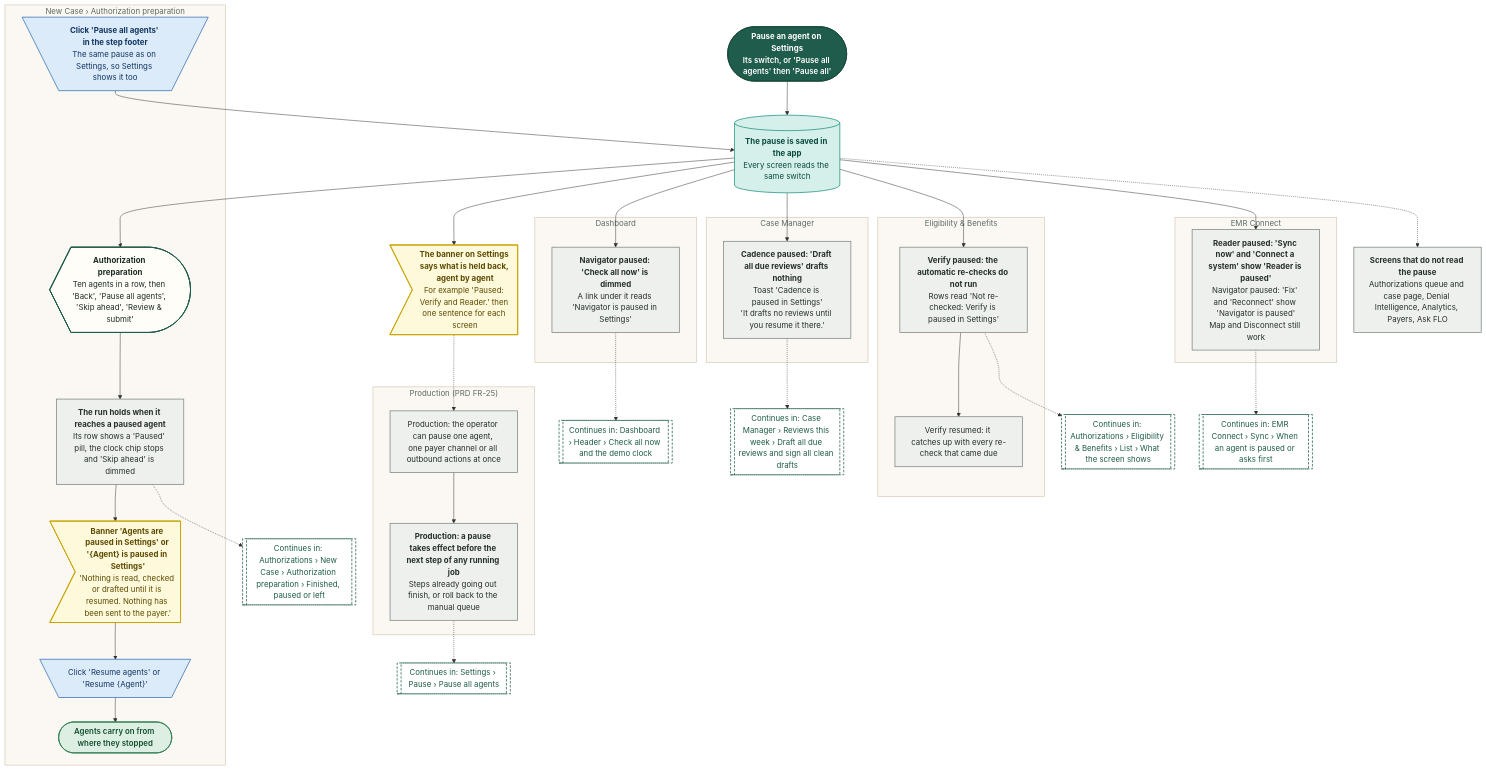
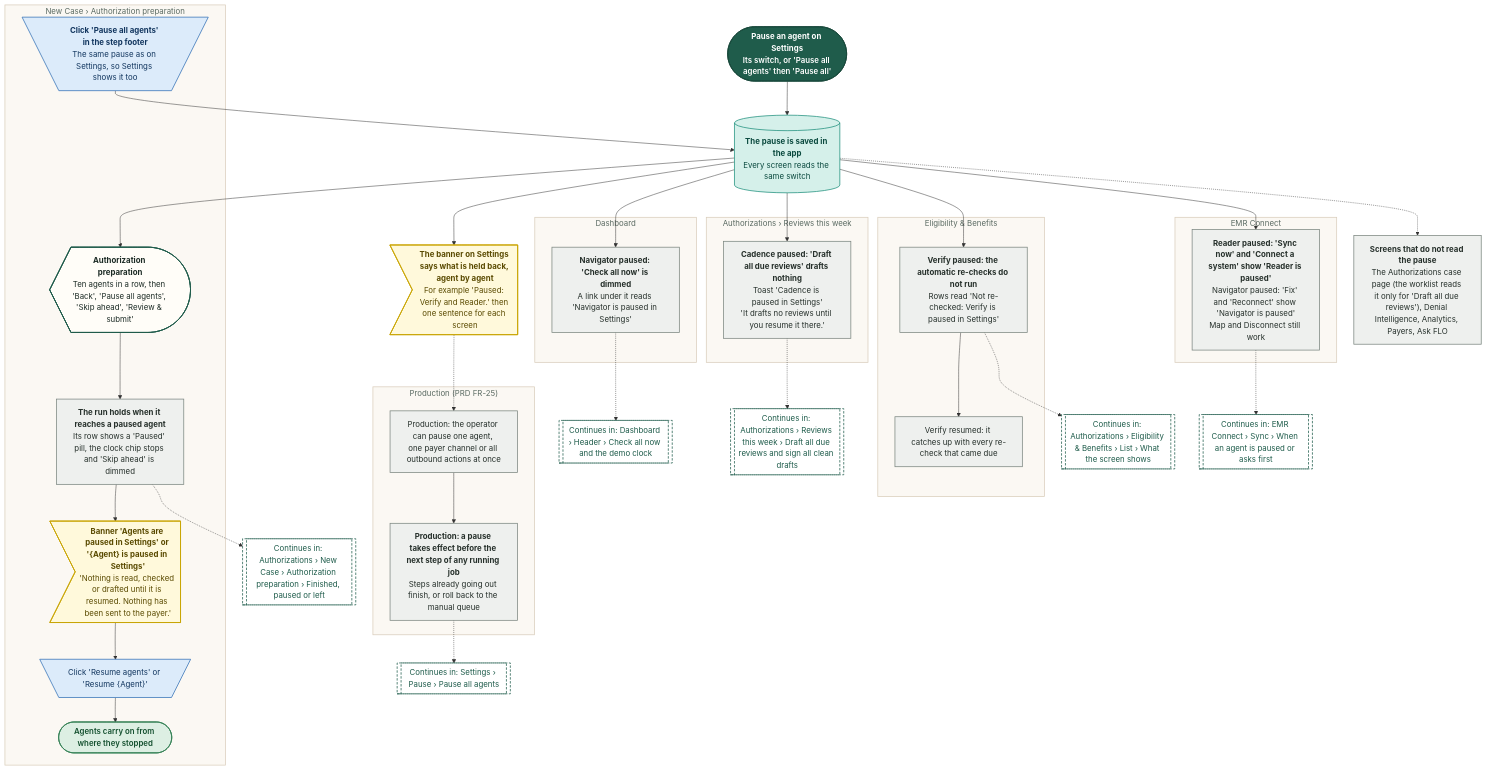
Before and after one commit to Shrav143/psyfloapp: the seventh of 11 diagrams in demos/prior-auth-demo/workflows/out/md/11-settings.md, drawn with Mermaid. The commit also changed other lines of this file and 113 other files, not shown here.

First line of the commit message:
docs: workflow diagrams for the merged Authorizations (worklist, approved, reviews and tracked cases, sidebar arrow), every link retargeted, 336 diagrams

```diff
--- a/demos/prior-auth-demo/workflows/out/md/11-settings.md
+++ b/demos/prior-auth-demo/workflows/out/md/11-settings.md
@@ -532,7 +532,7 @@
   subgraph gDash ["Dashboard"]
   o1@{ shape: rect, label: "<b>Navigator paused: 'Check all now' is dimmed</b><br/>A link under it reads 'Navigator is paused in Settings'" }
   end
-  subgraph gMgr ["Case Manager"]
+  subgraph gMgr ["Authorizations › Reviews this week"]
   m1@{ shape: rect, label: "<b>Cadence paused: 'Draft all due reviews' drafts nothing</b><br/>Toast 'Cadence is paused in Settings'<br/>'It drafts no reviews until you resume it there.'" }
   end
   subgraph gElig ["Eligibility & Benefits"]
@@ -542,14 +542,14 @@
   subgraph gEmr ["EMR Connect"]
   x1@{ shape: rect, label: "<b>Reader paused: 'Sync now' and 'Connect a system' show 'Reader is paused'</b><br/>Navigator paused: 'Fix' and 'Reconnect' show 'Navigator is paused'<br/>Map and Disconnect still work" }
   end
-  n8@{ shape: rect, label: "<b>Screens that do not read the pause</b><br/>Authorizations queue and case page, Denial Intelligence, Analytics, Payers, Ask FLO" }
+  n8@{ shape: rect, label: "<b>Screens that do not read the pause</b><br/>The Authorizations case page (the worklist reads it only for 'Draft all due reviews'), Denial Intelligence, Analytics, Payers, Ask FLO" }
   subgraph gReal ["Production (PRD FR-25)"]
   r1@{ shape: rect, label: "Production: the operator can pause one agent, one payer channel or all outbound actions at once" }
   r2@{ shape: rect, label: "<b>Production: a pause takes effect before the next step of any running job</b><br/>Steps already going out finish, or roll back to the manual queue" }
   end
   g1@{ shape: subproc, label: "Continues in: Authorizations › New Case › Authorization preparation › Finished, paused or left" }
   g2@{ shape: subproc, label: "Continues in: Dashboard › Header › Check all now and the demo clock" }
-  g3@{ shape: subproc, label: "Continues in: Case Manager › Reviews this week › Draft all due reviews and sign all clean drafts" }
+  g3@{ shape: subproc, label: "Continues in: Authorizations › Reviews this week › Draft all due reviews and sign all clean drafts" }
   g4@{ shape: subproc, label: "Continues in: Authorizations › Eligibility & Benefits › List › What the screen shows" }
   g5@{ shape: subproc, label: "Continues in: EMR Connect › Sync › When an agent is paused or asks first" }
   g6@{ shape: subproc, label: "Continues in: Settings › Pause › Pause all agents" }
```
